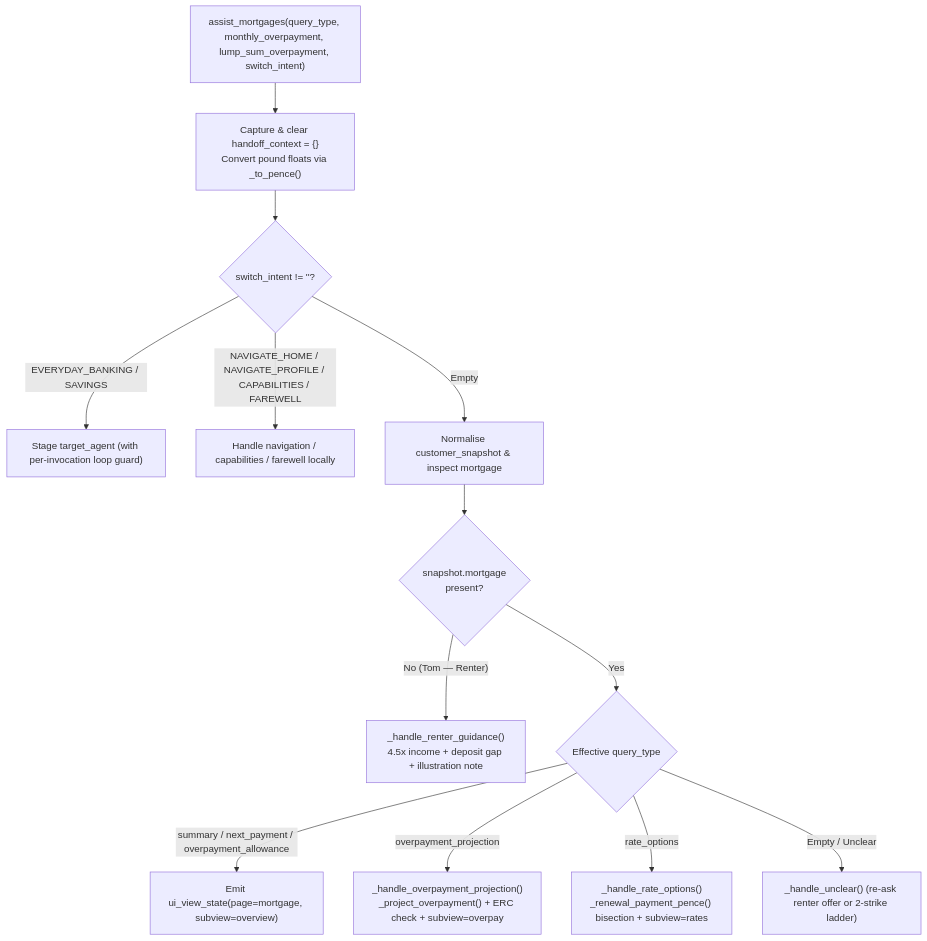
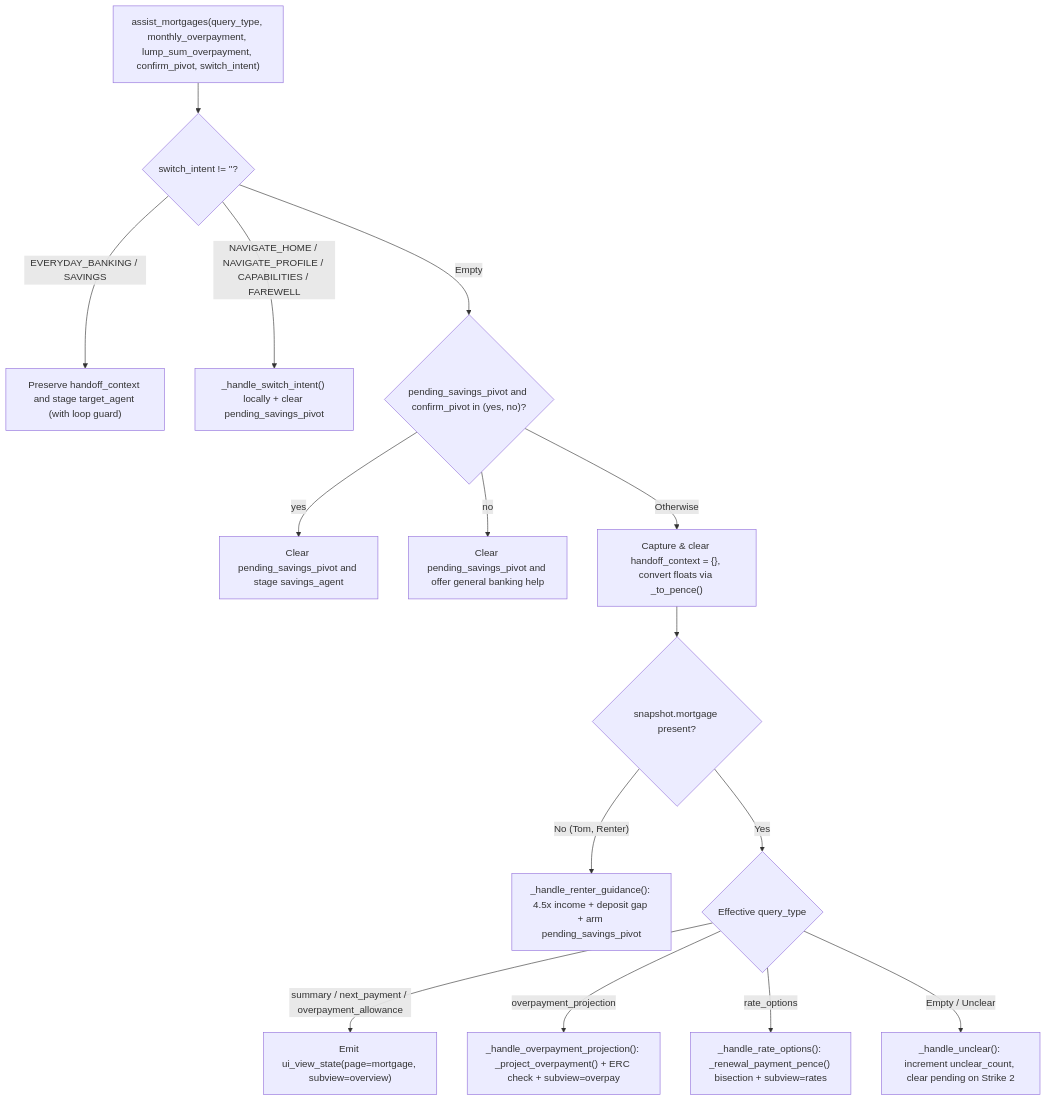
The diagram in docs/tools/assist_mortgages.md (oliviervg1/gecx-bank-demo), drawn with Mermaid before and after one commit. The commit also changed other lines of this file and 19 other files, not shown here.

````diff
--- a/docs/tools/assist_mortgages.md
+++ b/docs/tools/assist_mortgages.md
@@ -19,15 +19,17 @@
 ```mermaid
 flowchart TD
-    Entry["assist_mortgages(query_type, monthly_overpayment, lump_sum_overpayment, switch_intent)"] --> ClearHO["Capture & clear handoff_context = {}<br/>Convert pound floats via _to_pence()"]
-    ClearHO --> Switch{"switch_intent != ''?"}
-    Switch -->|"EVERYDAY_BANKING / SAVINGS"| Stage["Stage target_agent (with per-invocation loop guard)"]
-    Switch -->|"NAVIGATE_HOME / NAVIGATE_PROFILE / CAPABILITIES / FAREWELL"| LocalNav["Handle navigation / capabilities / farewell locally"]
-    Switch -->|"Empty"| Norm["Normalise customer_snapshot & inspect mortgage"]
-    Norm --> HasMtg{"snapshot.mortgage<br/>present?"}
-    HasMtg -->|"No (Tom — Renter)"| Renter["_handle_renter_guidance()<br/>4.5x income + deposit gap + illustration note"]
+    Entry["assist_mortgages(query_type, monthly_overpayment, lump_sum_overpayment, confirm_pivot, switch_intent)"] --> Switch{"switch_intent != ''?"}
+    Switch -->|"EVERYDAY_BANKING / SAVINGS"| Stage["Preserve handoff_context and stage target_agent (with loop guard)"]
+    Switch -->|"NAVIGATE_HOME / NAVIGATE_PROFILE / CAPABILITIES / FAREWELL"| LocalNav["_handle_switch_intent() locally + clear pending_savings_pivot"]
+    Switch -->|"Empty"| PivotReply{"pending_savings_pivot and confirm_pivot in (yes, no)?"}
+    PivotReply -->|"yes"| ToSav["Clear pending_savings_pivot and stage savings_agent"]
+    PivotReply -->|"no"| Decline["Clear pending_savings_pivot and offer general banking help"]
+    PivotReply -->|"Otherwise"| Consume["Capture & clear handoff_context = {}, convert floats via _to_pence()"]
+    Consume --> HasMtg{"snapshot.mortgage present?"}
+    HasMtg -->|"No (Tom, Renter)"| Renter["_handle_renter_guidance(): 4.5x income + deposit gap + arm pending_savings_pivot"]
     HasMtg -->|"Yes"| Mode{"Effective query_type"}
     Mode -->|"summary / next_payment / overpayment_allowance"| Sum["Emit ui_view_state(page=mortgage, subview=overview)"]
-    Mode -->|"overpayment_projection"| Overpay["_handle_overpayment_projection()<br/>_project_overpayment() + ERC check + subview=overpay"]
-    Mode -->|"rate_options"| Rates["_handle_rate_options()<br/>_renewal_payment_pence() bisection + subview=rates"]
-    Mode -->|"Empty / Unclear"| Unclear["_handle_unclear() (re-ask renter offer or 2-strike ladder)"]
+    Mode -->|"overpayment_projection"| Overpay["_handle_overpayment_projection(): _project_overpayment() + ERC check + subview=overpay"]
+    Mode -->|"rate_options"| Rates["_handle_rate_options(): _renewal_payment_pence() bisection + subview=rates"]
+    Mode -->|"Empty / Unclear"| Unclear["_handle_unclear(): increment unclear_count, clear pending on Strike 2"]
 ```
````
